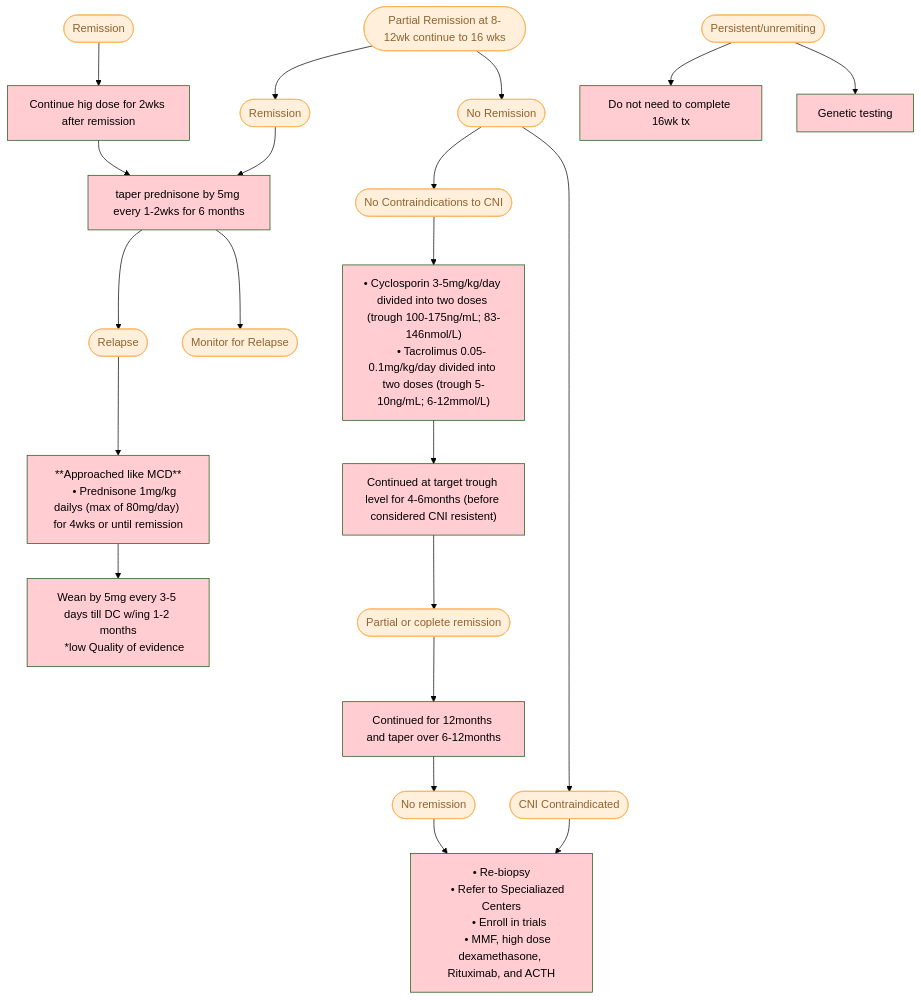
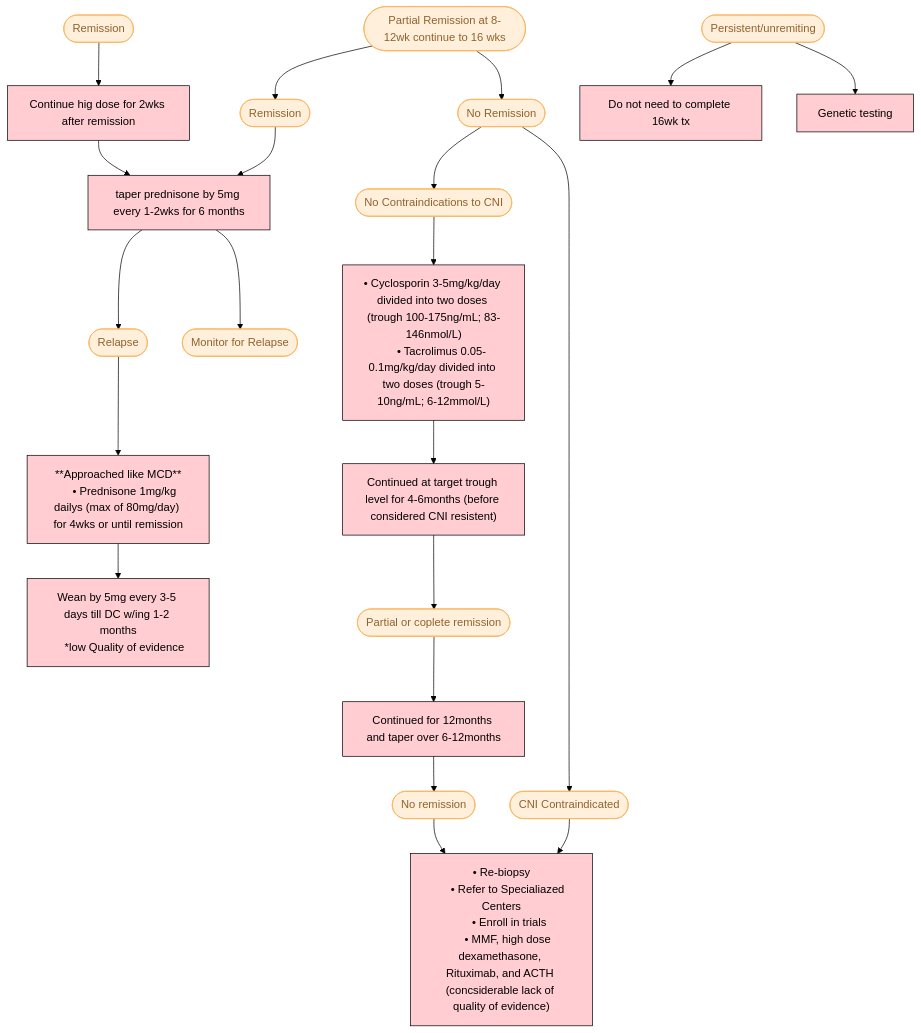
Before and after one commit to TTUNEPH2025/GN: the third of 3 diagrams in docs/FSGS.md, drawn with Mermaid (forest theme).

````diff
--- a/docs/FSGS.md
+++ b/docs/FSGS.md
@@ -142,48 +142,49 @@
 ```mermaid
 flowchart TD
     n6["Continue hig dose for 2wks after remission"] --> n7["taper prednisone by 5mg every 1-2wks for 6 months"]
     n7 --> n8(["Relapse"]) & n9(["Monitor for Relapse"])
     n8 --> n10["**Approached like MCD**
      • Prednisone 1mg/kg dailys (max of 80mg/day) for 4wks or until remission"]
     n10 --> n11["Wean by 5mg every 3-5 days till DC w/ing 1-2 months
     *low Quality of evidence"]
     n12(["Partial Remission at 8-12wk continue to 16 wks"]) --> n13(["Remission"]) & n14(["No Remission"])
     n13 --> n7
     n14 --> n21(["CNI Contraindicated"]) & n28(["No Contraindications to CNI"])
     n15["• Cyclosporin 3-5mg/kg/day divided into two doses (trough 100-175ng/mL; 83-146nmol/L)
      • Tacrolimus 0.05-0.1mg/kg/day divided into two doses (trough 5-10ng/mL; 6-12mmol/L)"] --> n16["Continued at target trough level for 4-6months (before considered CNI resistent)"]
     n16 --> n17(["Partial or coplete remission"])
     n17 --> n18["Continued for 12months and taper over 6-12months"]
     n18 --> n19(["No remission"])
     n19 --> n20["• Re-biopsy
      • Refer to Specialiazed Centers
      • Enroll in trials
-     • MMF, high dose dexamethasone, Rituximab, and ACTH"]
+     • MMF, high dose dexamethasone, Rituximab, and ACTH (concsiderable lack of quality of evidence)"]
     n21 --> n20
     n22(["Persistent/unremiting"]) --> n30["Do not need to complete 16wk tx"] & n23["Genetic testing"]
     n28 --> n15
     n29(["Remission"]) --> n6
      n8:::Peach
      n9:::Peach
      n12:::Peach
      n13:::Peach
      n14:::Peach
      n21:::Peach
      n28:::Peach
      n17:::Peach
      n19:::Peach
      n22:::Peach
      n23:::Class_01
      n29:::Peach
     classDef Peach stroke-width:1px, stroke-dasharray:none, stroke:#FBB35A, fill:#FFEFDB, color:#8F632D
     classDef Class_01 fill:#FFCDD2
-    style n6 fill:#FFCDD2
-    style n7 fill:#FFCDD2
-    style n10 fill:#FFCDD2
-    style n11 fill:#FFCDD2
-    style n15 fill:#FFCDD2
-    style n16 fill:#FFCDD2
-    style n18 fill:#FFCDD2
-    style n20 fill:#FFCDD2
-    style n30 fill:#FFCDD2
+    style n6 fill:#FFCDD2,stroke:#000000
+    style n7 fill:#FFCDD2,stroke:#000000
+    style n10 fill:#FFCDD2,stroke:#000000
+    style n11 fill:#FFCDD2,stroke:#000000
+    style n15 fill:#FFCDD2,stroke:#000000
+    style n16 fill:#FFCDD2,stroke:#000000
+    style n18 fill:#FFCDD2,stroke:#000000
+    style n20 fill:#FFCDD2,stroke:#000000
+    style n30 fill:#FFCDD2,stroke:#000000
+    style n23 stroke:#000000
 ```
````
